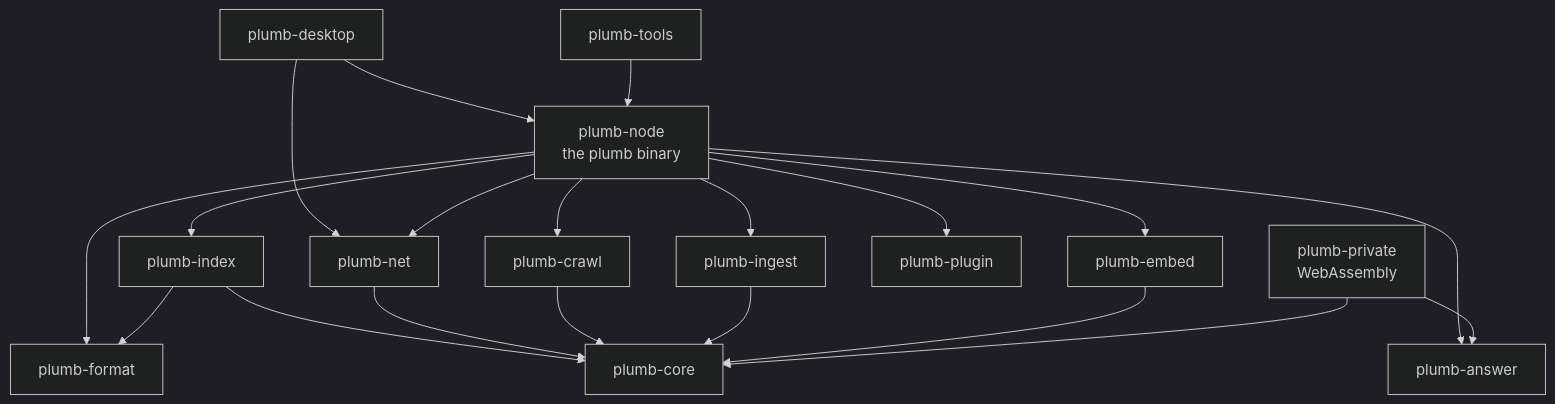
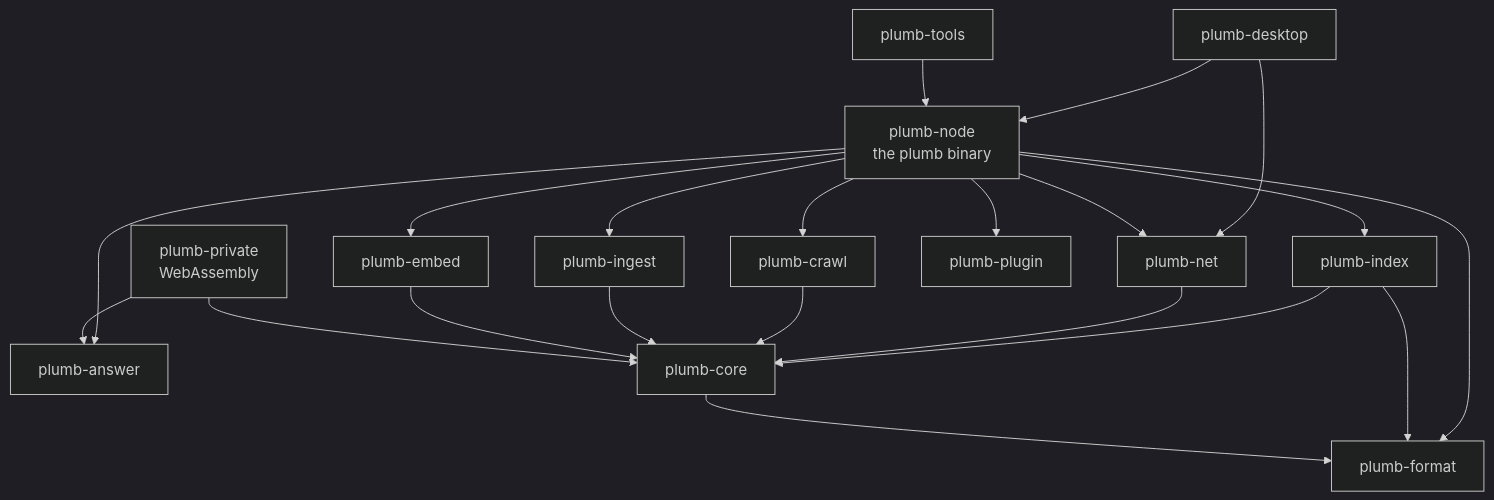
The second of 5 diagrams in docs/architecture.md (SueHeir/plumb-search), drawn with Mermaid (dark theme) before and after one commit. The commit also changed 13 other files, not shown here.

First line of the commit message:
plumb-core on plumb-format: one site-rules code, sites as items

````diff
--- a/docs/architecture.md
+++ b/docs/architecture.md
@@ -71,22 +71,23 @@
 ```mermaid
 flowchart TD
     desktop["plumb-desktop"] --> node["plumb-node<br/>the plumb binary"]
     desktop --> net
     tools["plumb-tools"] --> node
     node --> index["plumb-index"]
     node --> net["plumb-net"]
     node --> crawl["plumb-crawl"]
     node --> ingest["plumb-ingest"]
     node --> embed["plumb-embed"]
     node --> answer["plumb-answer"]
     node --> plugin["plumb-plugin"]
     node --> format["plumb-format"]
     index --> format
+    core --> format
     index --> core["plumb-core"]
     net --> core
     crawl --> core
     ingest --> core
     embed --> core
     private["plumb-private<br/>WebAssembly"] --> answer
     private --> core
 ```
````
